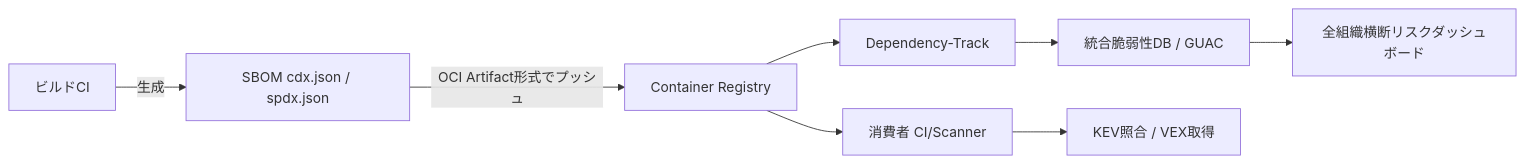
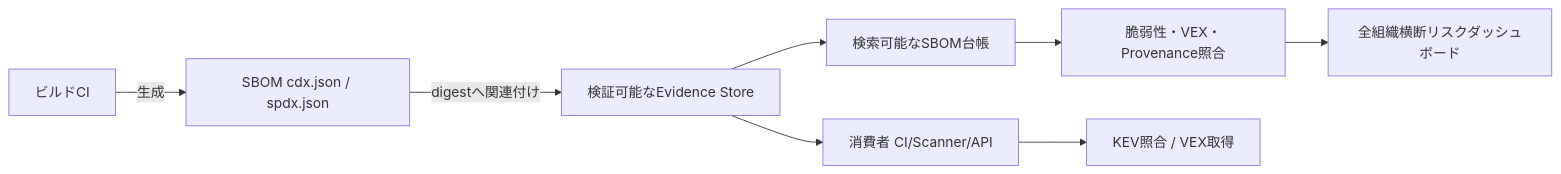
The seventh of 7 diagrams in axiarch-rules/ja/universal/security/200_oss_compliance.md (hiroyuki-miyauchi/axiarch), drawn with Mermaid before and after one commit. The commit also changed other lines of this file and 46 other files, not shown here.

````diff
--- a/axiarch-rules/ja/universal/security/200_oss_compliance.md
+++ b/axiarch-rules/ja/universal/security/200_oss_compliance.md
@@ -2697,10 +2779,10 @@
 ```mermaid
 flowchart LR
     A[ビルドCI] -->|生成| B[SBOM cdx.json / spdx.json]
-    B -->|OCI Artifact形式でプッシュ| C[Container Registry]
-    C --> D[Dependency-Track]
-    C --> E[消費者 CI/Scanner]
-    D --> F[統合脆弱性DB / GUAC]
+    B -->|digestへ関連付け| C[検証可能なEvidence Store]
+    C --> D[検索可能なSBOM台帳]
+    C --> E[消費者 CI/Scanner/API]
+    D --> F[脆弱性・VEX・Provenance照合]
     E --> G[KEV照合 / VEX取得]
     F --> H[全組織横断リスクダッシュボード]
 ```
````
